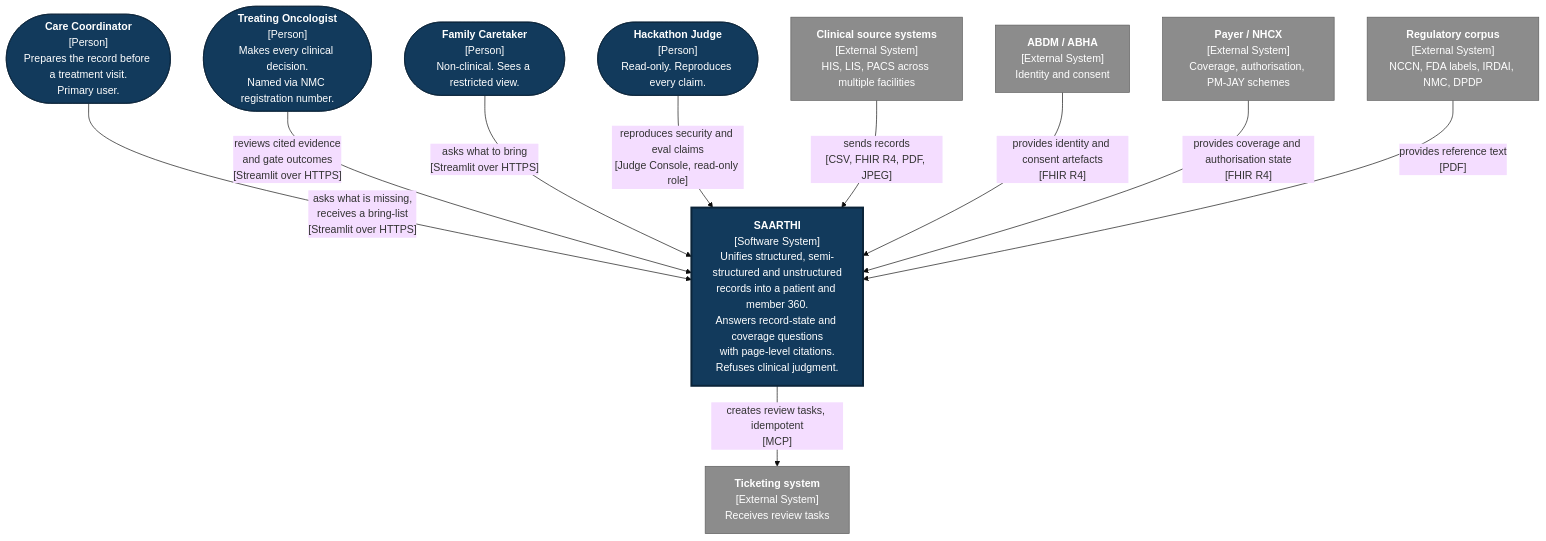
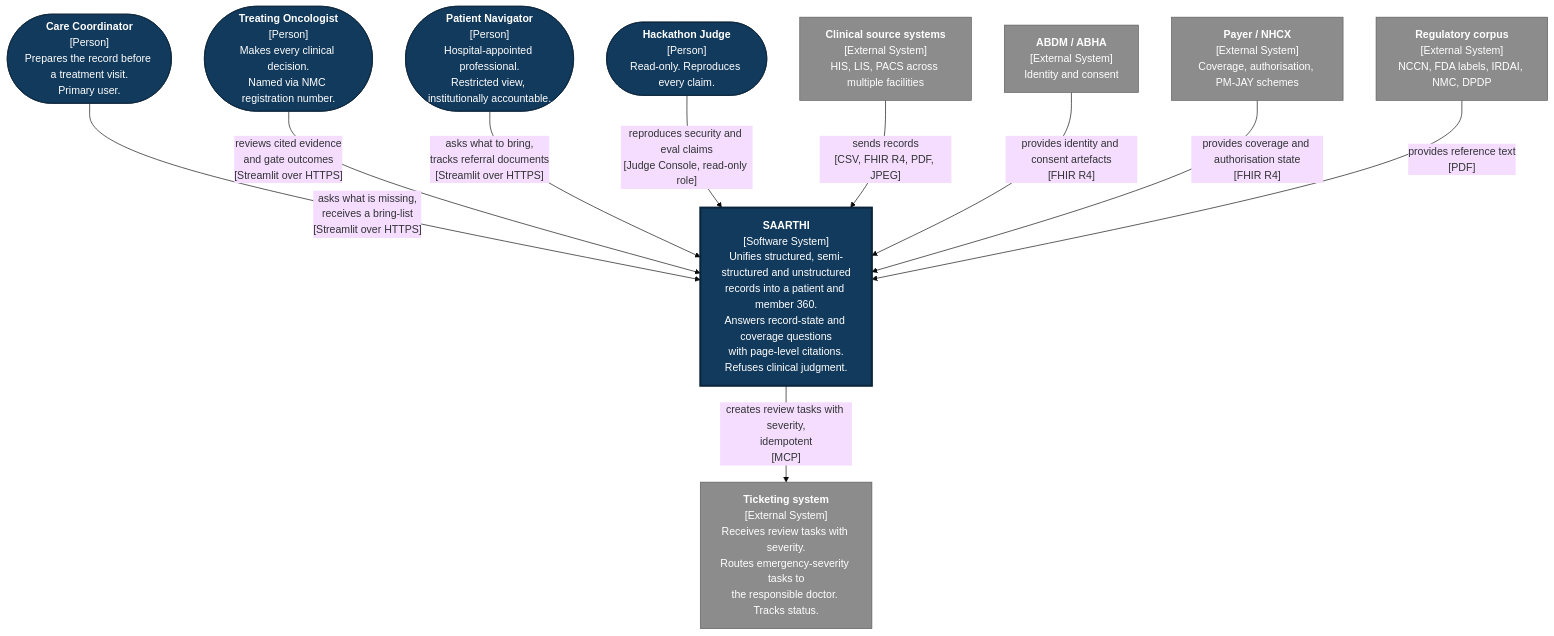
One commit to DanushArun/patient-360 changed the second of 16 diagrams in planning/revised-architecture/ARCHITECTURE-DIAGRAMS.md. Above: the diagram before and after it, drawn with Mermaid (base theme). The commit also changed other lines of this file and 9 other files, not shown here.

First line of the commit message:
update(architecture): replace Family Caretaker with Patient Navigator in various documents and diagrams

````diff
--- a/planning/revised-architecture/ARCHITECTURE-DIAGRAMS.md
+++ b/planning/revised-architecture/ARCHITECTURE-DIAGRAMS.md
@@ -155,33 +173,33 @@
 ```mermaid
 flowchart TB
     COORD(["<b>Care Coordinator</b><br/>[Person]<br/>Prepares the record before a treatment visit.<br/>Primary user."])
     ONC(["<b>Treating Oncologist</b><br/>[Person]<br/>Makes every clinical decision.<br/>Named via NMC registration number."])
-    FAM(["<b>Family Caretaker</b><br/>[Person]<br/>Non-clinical. Sees a restricted view."])
+    NAV(["<b>Patient Navigator</b><br/>[Person]<br/>Hospital-appointed professional.<br/>Restricted view, institutionally accountable."])
     JUDGE(["<b>Hackathon Judge</b><br/>[Person]<br/>Read-only. Reproduces every claim."])
 
     SAARTHI["<b>SAARTHI</b><br/>[Software System]<br/>Unifies structured, semi-structured and unstructured<br/>records into a patient and member 360.<br/>Answers record-state and coverage questions<br/>with page-level citations.<br/>Refuses clinical judgment."]
 
     SRC["<b>Clinical source systems</b><br/>[External System]<br/>HIS, LIS, PACS across multiple facilities"]
     ABDM["<b>ABDM / ABHA</b><br/>[External System]<br/>Identity and consent"]
     PAYER["<b>Payer / NHCX</b><br/>[External System]<br/>Coverage, authorisation, PM-JAY schemes"]
     REFC["<b>Regulatory corpus</b><br/>[External System]<br/>NCCN, FDA labels, IRDAI, NMC, DPDP"]
-    TICKET["<b>Ticketing system</b><br/>[External System]<br/>Receives review tasks"]
+    TICKET["<b>Ticketing system</b><br/>[External System]<br/>Receives review tasks with severity.<br/>Routes emergency-severity tasks to<br/>the responsible doctor. Tracks status."]
 
     COORD -->|"asks what is missing,<br/>receives a bring-list<br/>[Streamlit over HTTPS]"| SAARTHI
     ONC -->|"reviews cited evidence<br/>and gate outcomes<br/>[Streamlit over HTTPS]"| SAARTHI
-    FAM -->|"asks what to bring<br/>[Streamlit over HTTPS]"| SAARTHI
+    NAV -->|"asks what to bring,<br/>tracks referral documents<br/>[Streamlit over HTTPS]"| SAARTHI
     JUDGE -->|"reproduces security and eval claims<br/>[Judge Console, read-only role]"| SAARTHI
 
     SRC -->|"sends records<br/>[CSV, FHIR R4, PDF, JPEG]"| SAARTHI
     ABDM -->|"provides identity and consent artefacts<br/>[FHIR R4]"| SAARTHI
     PAYER -->|"provides coverage and authorisation state<br/>[FHIR R4]"| SAARTHI
     REFC -->|"provides reference text<br/>[PDF]"| SAARTHI
-    SAARTHI -->|"creates review tasks, idempotent<br/>[MCP]"| TICKET
+    SAARTHI -->|"creates review tasks with severity,<br/>idempotent<br/>[MCP]"| TICKET
 
     classDef person fill:#123a5c,stroke:#0b2439,color:#fff
     classDef extsys fill:#8c8c8c,stroke:#5c5c5c,color:#fff
     classDef focus fill:#123a5c,stroke:#0b2439,color:#fff,stroke-width:3px
-    class COORD,ONC,FAM,JUDGE person
+    class COORD,ONC,NAV,JUDGE person
     class SRC,ABDM,PAYER,REFC,TICKET extsys
     class SAARTHI focus
 ```
````
